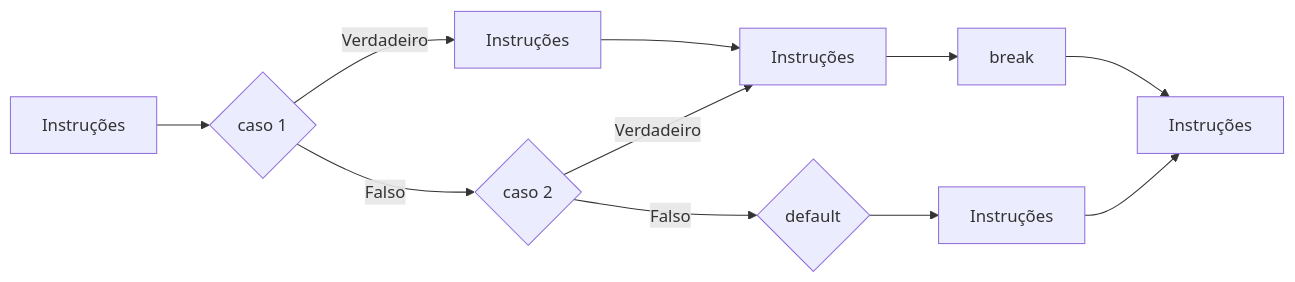
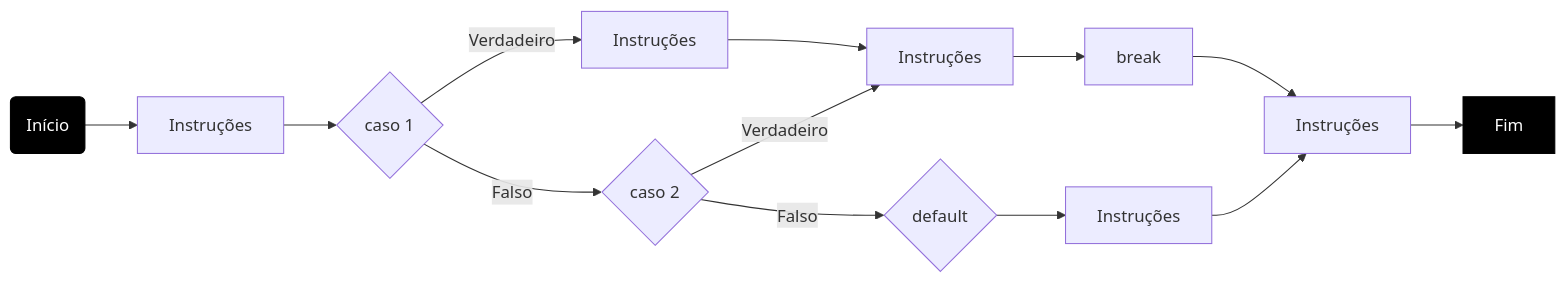
One commit to yuriMartinst/linguagem-java changed the fifth of 7 diagrams in 08.md. Above: the diagram before and after it, drawn with Mermaid. The commit also changed other lines of this file, not shown here.

````diff
--- a/08.md
+++ b/08.md
@@ -97,13 +107,18 @@
 ```mermaid
 flowchart LR
+    inicio(Início) --> A
     A[Instruções] --> C{caso 1}
     C -->|Verdadeiro| D[Instruções]
     C -->|Falso| F{caso 2}
     D --> H
     F -->|Verdadeiro| H[Instruções]
     H --> HB[break]
     HB --> G[Instruções]
     F -->|Falso| F2{default}
     F2 --> f3[Instruções]
     f3 --> G[Instruções]
+    G --> fim[Fim]
+
+style inicio fill:#000,stroke:#000,color:#fff
+style fim fill:#000,stroke:#000,color:#fff
 ```
````
